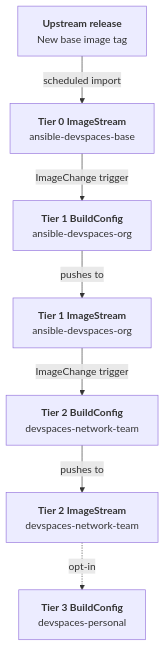
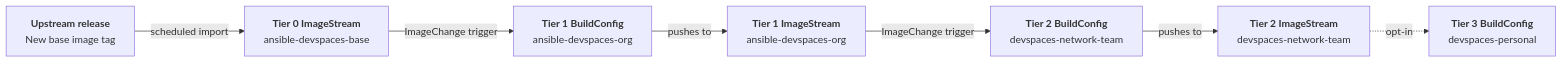
Before and after one commit to ansible-tmm/solution-guides: the second of 2 diagrams in README-Ansible-DevSpaces.md, drawn with Mermaid. The commit also changed other lines of this file, not shown here.

````diff
--- a/README-Ansible-DevSpaces.md
+++ b/README-Ansible-DevSpaces.md
@@ -102,9 +102,9 @@
 ```mermaid
-graph TD
+graph LR
     U["<b>Upstream release</b><br/>New base image tag"] -->|scheduled import| IS0["<b>Tier 0 ImageStream</b><br/>ansible-devspaces-base"]
     IS0 -->|ImageChange trigger| BC1["<b>Tier 1 BuildConfig</b><br/>ansible-devspaces-org"]
     BC1 -->|pushes to| IS1["<b>Tier 1 ImageStream</b><br/>ansible-devspaces-org"]
     IS1 -->|ImageChange trigger| BC2["<b>Tier 2 BuildConfig</b><br/>devspaces-network-team"]
     BC2 -->|pushes to| IS2["<b>Tier 2 ImageStream</b><br/>devspaces-network-team"]
     IS2 -.->|opt-in| BC3["<b>Tier 3 BuildConfig</b><br/>devspaces-personal"]
 ```
````
